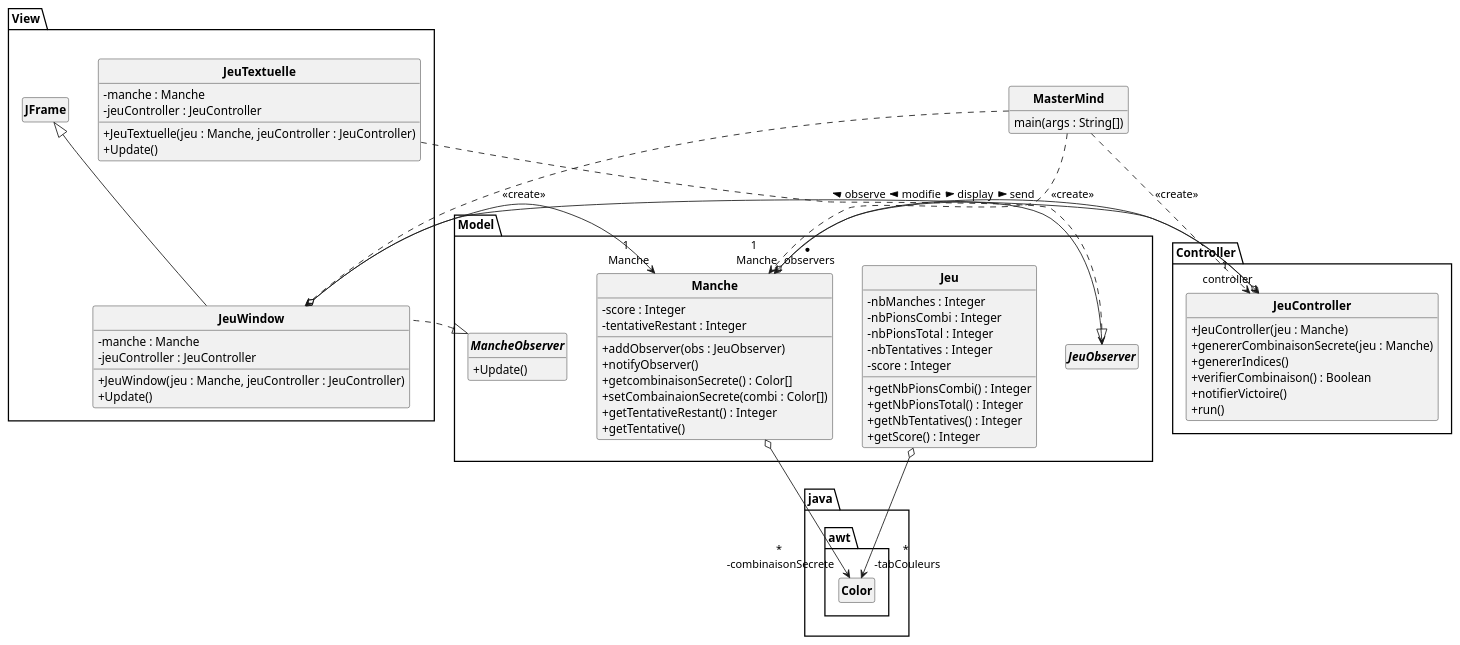
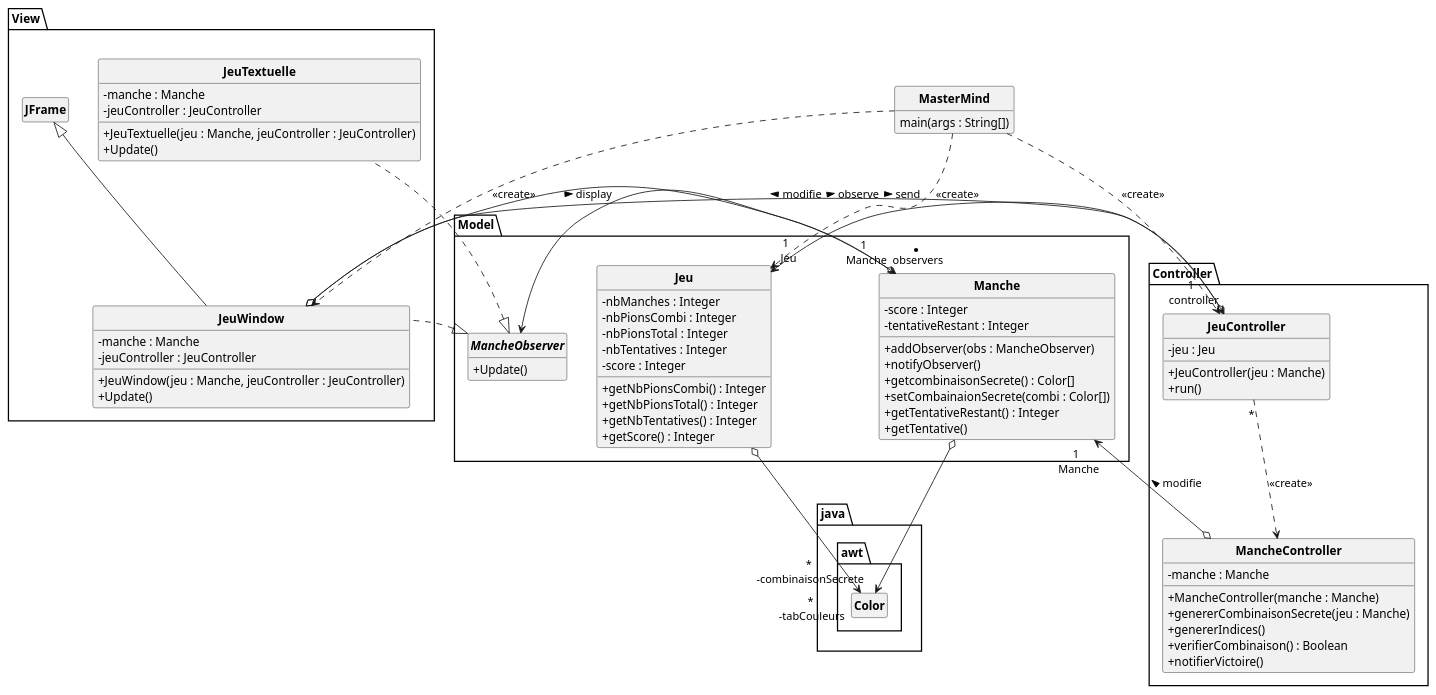
Before and after one commit to aymkoub/Mastermind: the diagram in Mastermind/src/Mastermind.puml, drawn with PlantUML. The commit also changed 7 other files, not shown here.

Commit message:
ajout du controller de manche, séparation manche/Jeu(partie)

```diff
--- a/Mastermind/src/Mastermind.puml
+++ b/Mastermind/src/Mastermind.puml
@@ -1,85 +1,94 @@
 @startuml
 'https://plantuml.com/class-diagram
 
 skinparam classAttributeIconSize 0
 skinparam classFontStyle Bold
 skinparam style strictuml
 hide empty members
 
 package Controller{
     class JeuController{
+        - jeu : Jeu
         + JeuController(jeu : Manche)
+        + run()
+    }
+
+    class MancheController
+    {
+        - manche : Manche
+        + MancheController(manche : Manche)
         + genererCombinaisonSecrete(jeu : Manche)
         + genererIndices()
         + verifierCombinaison() : Boolean
         + notifierVictoire()
-        + run()
     }
 }
 
 package java.awt{
     class Color
 }
 
 package Model{
 
     class Jeu{
         - nbManches : Integer
         - nbPionsCombi : Integer
         - nbPionsTotal : Integer
         - nbTentatives : Integer
         - score : Integer
         + getNbPionsCombi() : Integer
         + getNbPionsTotal() : Integer
         + getNbTentatives() : Integer
         + getScore() : Integer
     }
     '''Jeu o--> "*\n-manches"Manche
     class Manche {
         - score : Integer
         - tentativeRestant : Integer
-        + addObserver(obs : JeuObserver)
+        + addObserver(obs : MancheObserver)
         + notifyObserver()
         + getcombinaisonSecrete() : Color[]
         + setCombainaionSecrete(combi : Color[])
         + getTentativeRestant() : Integer
         + getTentative()
     }
 
     Jeu o-d->"*\n -tabCouleurs" Color
     Manche o-d->"*\n -combinaisonSecrete" Color
 
     interface MancheObserver{
        + Update()
     }
 }
 package View{
 
     class JeuWindow extends JFrame implements Model.MancheObserver{
         - manche : Manche
         - jeuController : JeuController
         + JeuWindow(jeu : Manche, jeuController : JeuController)
         + Update()
 
     }
 
-    class JeuTextuelle implements Model.JeuObserver
+    class JeuTextuelle implements Model.MancheObserver
     {
         -manche : Manche
         -jeuController : JeuController
         +JeuTextuelle(jeu : Manche, jeuController : JeuController)
         +Update()
     }
 }
 class MasterMind
 {
     main(args : String[])
 }
 View.JeuWindow o-> "1 \n controller"Controller.JeuController : > send
 View.JeuWindow o->"1 \n Manche" Model.Manche : > display
 MasterMind ..> View.JeuWindow : <<create>>
 MasterMind ..> Controller.JeuController : <<create>>
-MasterMind ..> Model.Manche: <<create>>
-Model.Manche "* \n observers" o-> Model.JeuObserver : < observe
-Controller.JeuController o->"1 \n Manche" Model.Manche : > modifie
+MasterMind ..> Model.Jeu: <<create>>
+Controller.JeuController "*" ..> Controller.MancheController : <<create>>
+Model.Manche "* \n observers" o-> Model.MancheObserver : < observe
+Controller.MancheController o->"1 \n Manche" Model.Manche : > modifie
+Controller.JeuController o->"1 \n Jeu" Model.Jeu : > modifie
 @enduml
```
